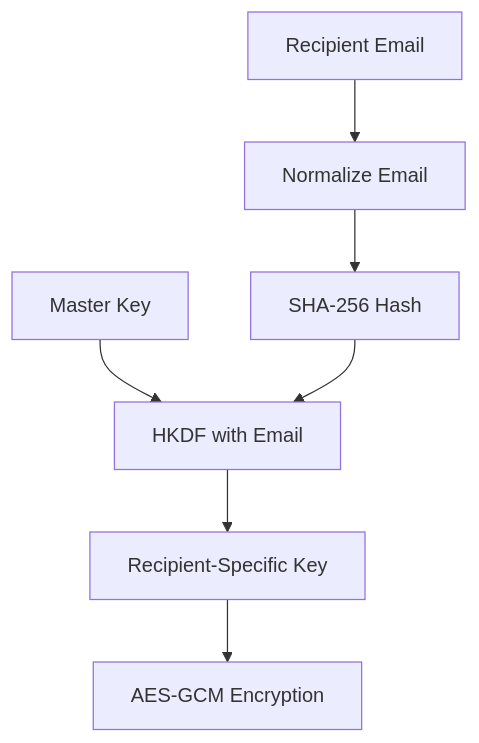
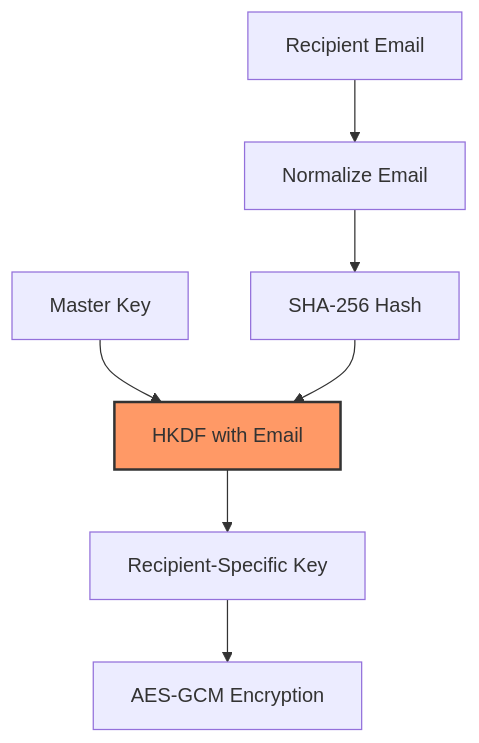
The fourth of 9 diagrams in Documentation/CRUSTy_Training_Guide.md (shahern004/CRUSTy), drawn with Mermaid before and after one commit. The commit also changed other lines of this file, not shown here.

Commit message:
Rename and revise CRUSTy Training Guide to 'CRUSTy for Dummies' with improved explanations, code comments, and diagrams

````diff
--- a/Documentation/CRUSTy_Training_Guide.md
+++ b/Documentation/CRUSTy_Training_Guide.md
@@ -292,9 +275,10 @@
 ```mermaid
 flowchart TD
     A[Master Key] --> B[HKDF with Email]
     C[Recipient Email] --> D[Normalize Email]
     D --> E[SHA-256 Hash]
     E --> B
     B --> F[Recipient-Specific Key]
     F --> G[AES-GCM Encryption]
+    style B fill:#f96,stroke:#333,stroke-width:2px
 ```
````
